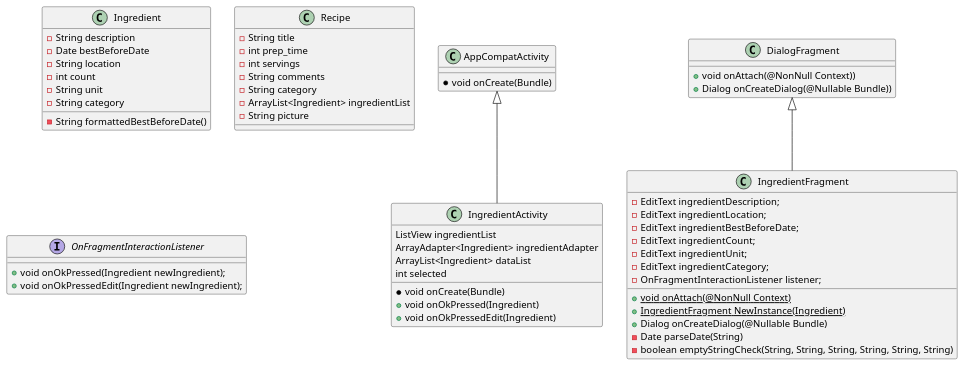
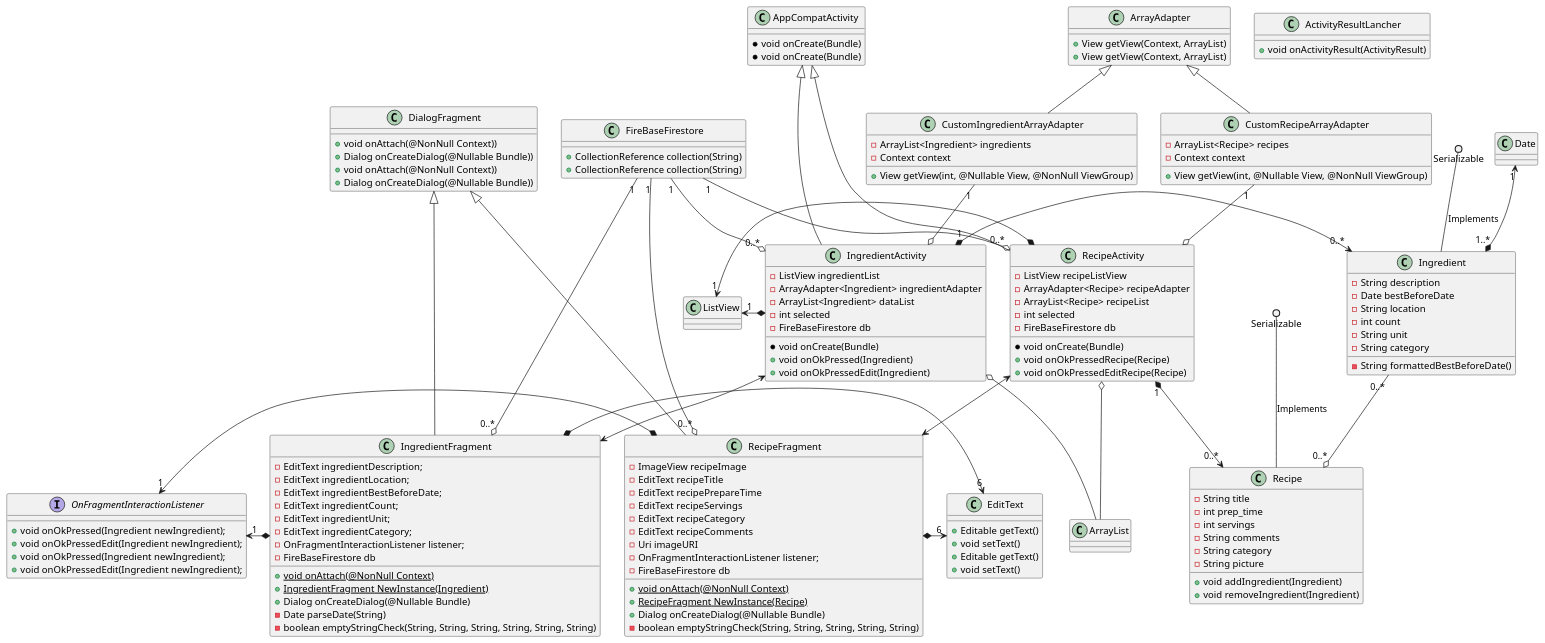
The diagram in doc/fullUML.puml (CMPUT301F22T31/FoodCart), drawn with PlantUML before and after one commit. The commit also changed 2 other files, not shown here.

Commit message:
Completed individual recipe and ingredient UML diagrams

```diff
--- a/doc/fullUML.puml
+++ b/doc/fullUML.puml
@@ -1,69 +1,197 @@
 @startuml
 'https://plantuml.com/class-diagram
+class ArrayAdapter {
++View getView(Context, ArrayList)
+}
+
+class EditText {
++Editable getText()
++void setText()
+}
+
+class FireBaseFirestore {
++CollectionReference collection(String)
+}
 
 class Ingredient {
 -String description
 -Date bestBeforeDate
 -String location
 -int count
 -String unit
 -String category
 
 -String formattedBestBeforeDate()
 }
 
-class Recipe {
--String title
--int prep_time
--int servings
--String comments
--String category
--ArrayList<Ingredient> ingredientList
--String picture
-}
-
 class AppCompatActivity {
 *void onCreate(Bundle)
 }
 
-class IngredientActivity extends AppCompatActivity
-{
-ListView ingredientList
-ArrayAdapter<Ingredient> ingredientAdapter
-ArrayList<Ingredient> dataList
-int selected
+class IngredientActivity {
+-ListView ingredientList
+-ArrayAdapter<Ingredient> ingredientAdapter
+-ArrayList<Ingredient> dataList
+-int selected
+-FireBaseFirestore db
 
 *void onCreate(Bundle)
 +void onOkPressed(Ingredient)
 +void onOkPressedEdit(Ingredient)
 }
 
 class DialogFragment {
 +void onAttach(@NonNull Context))
 +Dialog onCreateDialog(@Nullable Bundle))
 }
 
-class IngredientFragment extends DialogFragment
-{
+class IngredientFragment {
 -EditText ingredientDescription;
 -EditText ingredientLocation;
 -EditText ingredientBestBeforeDate;
 -EditText ingredientCount;
 -EditText ingredientUnit;
 -EditText ingredientCategory;
 -OnFragmentInteractionListener listener;
+-FireBaseFirestore db
 
 + {static} void onAttach(@NonNull Context)
 + {static} IngredientFragment NewInstance(Ingredient)
 + Dialog onCreateDialog(@Nullable Bundle)
 - Date parseDate(String)
 - boolean emptyStringCheck(String, String, String, String, String, String)
 }
 
 interface OnFragmentInteractionListener {
 +void onOkPressed(Ingredient newIngredient);
 +void onOkPressedEdit(Ingredient newIngredient);
 }
 
+class CustomIngredientArrayAdapter extends ArrayAdapter {
+- ArrayList<Ingredient> ingredients
+- Context context
+
++ View getView(int, @Nullable View, @NonNull ViewGroup)
+}
+
+
+
+class ArrayAdapter {
++View getView(Context, ArrayList)
+}
+
+class EditText {
++Editable getText()
++void setText()
+}
+
+class FireBaseFirestore {
++CollectionReference collection(String)
+}
+
+class ActivityResultLancher {
+    +void onActivityResult(ActivityResult)
+}
+
+class Recipe {
+-String title
+-int prep_time
+-int servings
+-String comments
+-String category
+-String picture
+
++void addIngredient(Ingredient)
++void removeIngredient(Ingredient)
+}
+
+class AppCompatActivity {
+*void onCreate(Bundle)
+}
+
+class RecipeActivity {
+-ListView recipeListView
+-ArrayAdapter<Recipe> recipeAdapter
+-ArrayList<Recipe> recipeList
+-int selected
+-FireBaseFirestore db
+
+*void onCreate(Bundle)
++void onOkPressedRecipe(Recipe)
++void onOkPressedEditRecipe(Recipe)
+}
+
+class DialogFragment {
++void onAttach(@NonNull Context))
++Dialog onCreateDialog(@Nullable Bundle))
+}
+
+class RecipeFragment {
+-ImageView recipeImage
+-EditText recipeTitle
+-EditText recipePrepareTime
+-EditText recipeServings
+-EditText recipeCategory
+-EditText recipeComments
+-Uri imageURI
+-OnFragmentInteractionListener listener;
+-FireBaseFirestore db
+
++ {static} void onAttach(@NonNull Context)
++ {static} RecipeFragment NewInstance(Recipe)
++ Dialog onCreateDialog(@Nullable Bundle)
+- boolean emptyStringCheck(String, String, String, String, String)
+}
+
+interface OnFragmentInteractionListener {
++void onOkPressed(Ingredient newIngredient);
++void onOkPressedEdit(Ingredient newIngredient);
+}
+
+class CustomRecipeArrayAdapter extends ArrayAdapter {
+- ArrayList<Recipe> recipes
+- Context context
+
++ View getView(int, @Nullable View, @NonNull ViewGroup)
+}
+
+Serializable ()-- Recipe : Implements
+Ingredient "0..*" --o "0..*" Recipe
+
+RecipeActivity "1" *-> "0..*" Recipe
+ListView "1" <-* RecipeActivity
+CustomRecipeArrayAdapter "1" --o RecipeActivity
+FireBaseFirestore "1" --o "0..*" RecipeActivity
+RecipeActivity o-- ArrayList
+AppCompatActivity <|--- RecipeActivity
+DialogFragment <|--- RecipeFragment
+
+RecipeFragment *-> "6" EditText
+OnFragmentInteractionListener "1" <-* RecipeFragment
+FireBaseFirestore "1" --o "0..*" RecipeFragment
+
+RecipeActivity <--> RecipeFragment
+
+
+
+
+Serializable ()-- Ingredient : Implements
+Date "1" <--* "1..*" Ingredient
+
+IngredientActivity "1" *-> "0..*" Ingredient
+ListView "1" <-* IngredientActivity
+CustomIngredientArrayAdapter "1" --o IngredientActivity
+FireBaseFirestore "1" --o "0..*" IngredientActivity
+IngredientActivity o-- ArrayList
+AppCompatActivity <|--- IngredientActivity
+DialogFragment <|--- IngredientFragment
+
+IngredientFragment *-> "6" EditText
+OnFragmentInteractionListener "1" <-* IngredientFragment
+FireBaseFirestore "1" --o "0..*" IngredientFragment
+
+IngredientActivity <--> IngredientFragment
+
+
 
 @enduml
```
